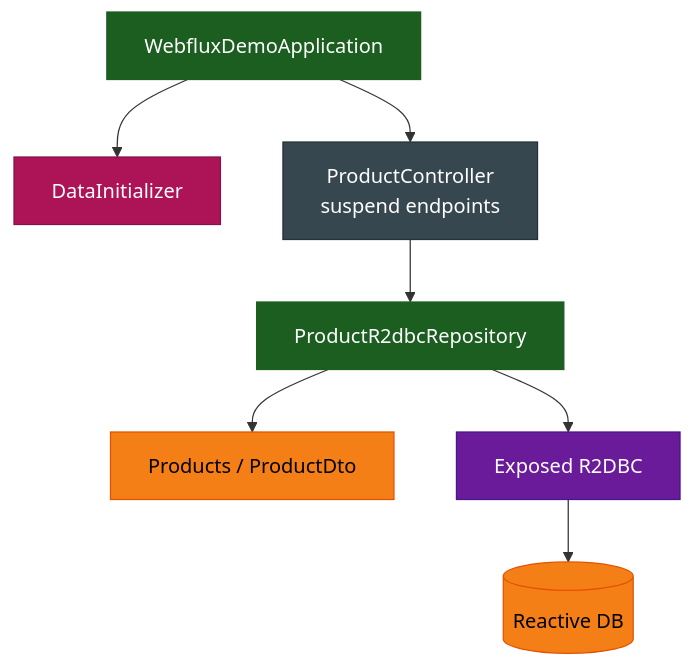
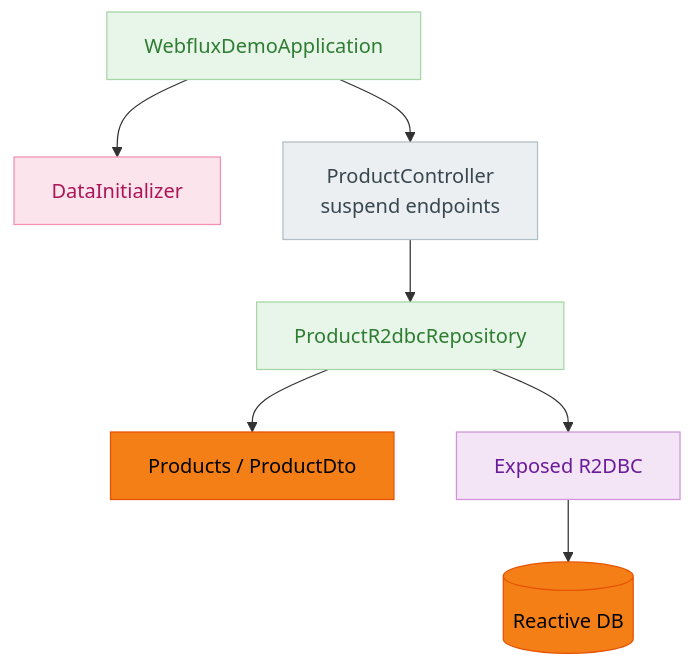
The second of 2 diagrams in spring-boot3/exposed-r2dbc-demo/README.ko.md (bluetape4k/bluetape4k-projects), drawn with Mermaid before and after one commit. The commit also changed other lines of this file and 219 other files, not shown here.

First line of the commit message:
docs: 전체 README Mermaid 다이어그램 가이드 적용

````diff
--- a/spring-boot3/exposed-r2dbc-demo/README.ko.md
+++ b/spring-boot3/exposed-r2dbc-demo/README.ko.md
@@ -72,31 +72,31 @@
 ```mermaid
 flowchart TD
     App["WebfluxDemoApplication"]
     Init["DataInitializer"]
     Controller["ProductController<br/>suspend endpoints"]
     Repo["ProductR2dbcRepository"]
     Table["Products / ProductDto"]
     R2DBC["Exposed R2DBC"]
     DB[("Reactive DB")]
 
     App --> Init
     App --> Controller
     Controller --> Repo
     Repo --> Table
     Repo --> R2DBC
     R2DBC --> DB
 
-    classDef coreStyle fill:#1B5E20,stroke:#1B5E20,color:#FFFFFF
-    classDef asyncStyle fill:#6A1B9A,stroke:#4A148C,color:#FFFFFF
-    classDef extStyle fill:#37474F,stroke:#263238,color:#FFFFFF
+    classDef coreStyle fill:#E8F5E9,stroke:#A5D6A7,color:#2E7D32
+    classDef asyncStyle fill:#F3E5F5,stroke:#CE93D8,color:#6A1B9A
+    classDef extStyle fill:#ECEFF1,stroke:#B0BEC5,color:#37474F
     classDef dataStyle fill:#F57F17,stroke:#E65100,color:#000000
-    classDef testStyle fill:#AD1457,stroke:#880E4F,color:#FFFFFF
+    classDef testStyle fill:#FCE4EC,stroke:#F48FB1,color:#AD1457
 
     class App coreStyle
     class Init testStyle
     class Controller extStyle
     class Repo coreStyle
     class Table dataStyle
     class R2DBC asyncStyle
     class DB dataStyle
 ```
````
